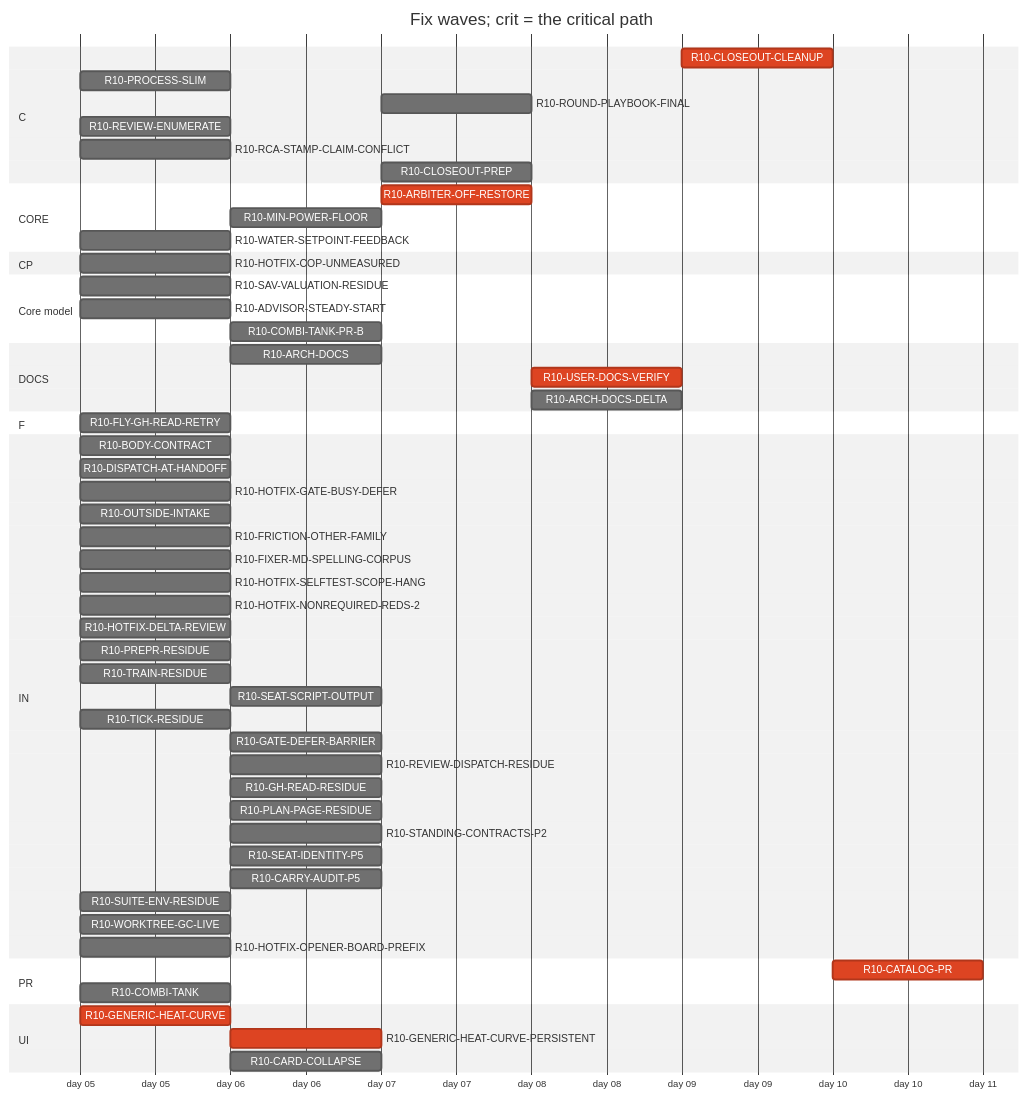
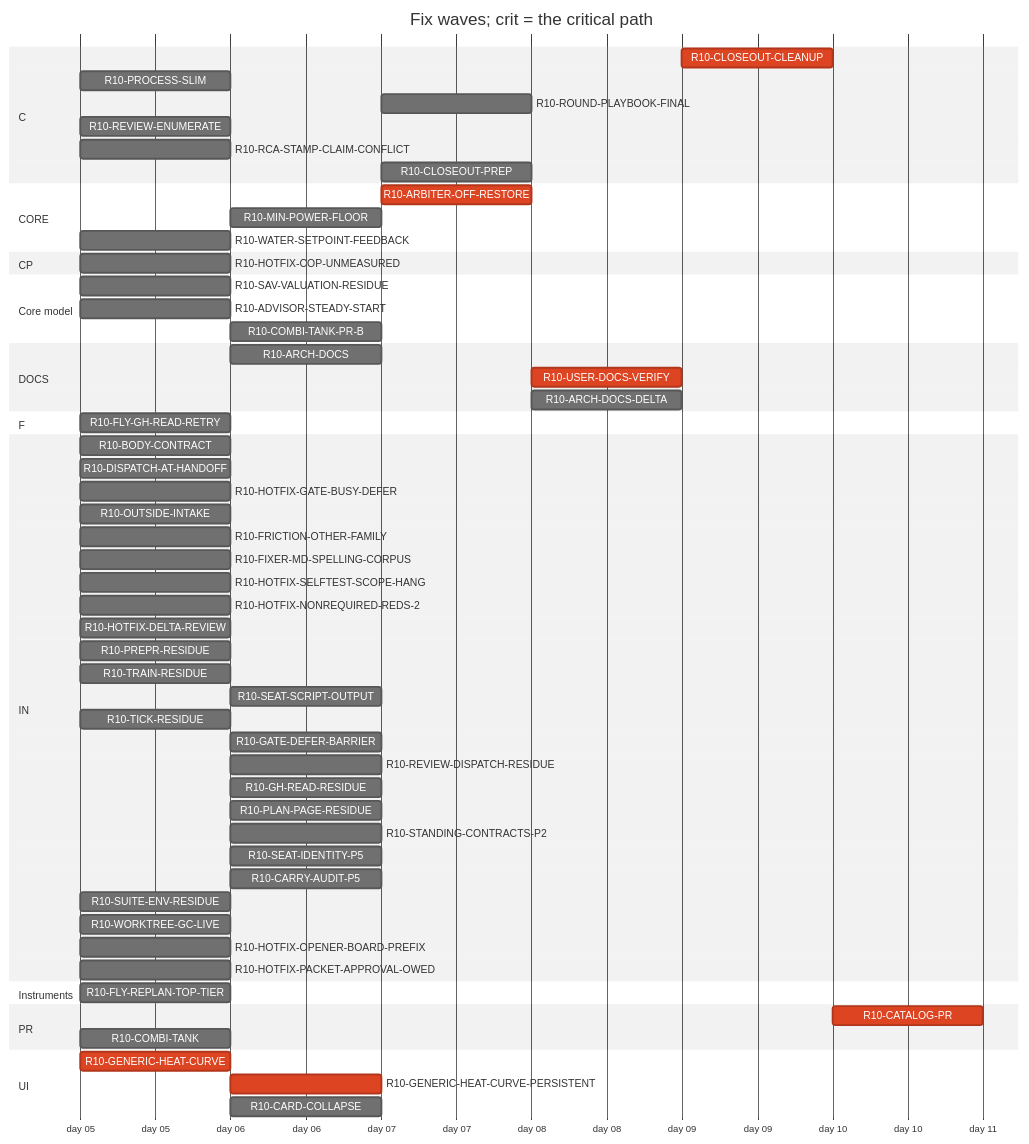
The diagram in handoff/round10/state/PLAN-TABLE.md (tvofi/heatpump_optimizer), drawn with Mermaid (neutral theme) before and after one commit. The commit also changed other lines of this file and 4 other files, not shown here.

Commit message:
state: FLOW-BOARD.md, NEXT-SESSION-PROMPT.md, PLAN-TABLE.md, PLAN.html, RESUME-CURRENT.md regenerated (state_docs.py)

````diff
--- a/handoff/round10/state/PLAN-TABLE.md
+++ b/handoff/round10/state/PLAN-TABLE.md
@@ -22,60 +23,63 @@
 ```mermaid
 gantt
   title Fix waves; crit = the critical path
   dateFormat YYYY-MM-DD
   axisFormat day %d
   section C
     R10-CLOSEOUT-CLEANUP :crit, r10CLOSEOUTCLEANUP, after r10ARCHDOCS r10USERDOCSVERIFY r10ROUNDPLAYBOOKFINAL r10FRICTIONOTHERFAMILY r10CLOSEOUTPREP r10ARCHDOCSDELTA, 1d
     R10-PROCESS-SLIM :r10PROCESSSLIM, 2026-01-05, 1d
     R10-ROUND-PLAYBOOK-FINAL :r10ROUNDPLAYBOOKFINAL, after r10DISPATCHATHANDOFF r10BODYCONTRACT r10FLYGHREADRETRY r10PROCESSSLIM r10OUTSIDEINTAKE r10FRICTIONOTHERFAMILY r10FIXERMDSPELLINGCORPUS r10PREPRRESIDUE r10SEATSCRIPTOUTPUT r10REVIEWDISPATCHRESIDUE r10CARRYAUDITP5 r10TICKRESIDUE r10SEATIDENTITYP5 r10STANDINGCONTRACTSP2 r10PLANPAGERESIDUE r10TRAINRESIDUE r10GHREADRESIDUE r10SUITEENVRESIDUE r10GATEDEFERBARRIER r10WORKTREEGCLIVE, 1d
     R10-REVIEW-ENUMERATE :r10REVIEWENUMERATE, 2026-01-05, 1d
     R10-RCA-STAMP-CLAIM-CONFLICT :r10RCASTAMPCLAIMCONFLICT, 2026-01-05, 1d
     R10-CLOSEOUT-PREP :r10CLOSEOUTPREP, after r10ARCHDOCS r10DISPATCHATHANDOFF r10BODYCONTRACT r10FLYGHREADRETRY r10PROCESSSLIM r10OUTSIDEINTAKE r10FRICTIONOTHERFAMILY r10FIXERMDSPELLINGCORPUS r10PREPRRESIDUE r10SEATSCRIPTOUTPUT r10REVIEWDISPATCHRESIDUE r10CARRYAUDITP5 r10TICKRESIDUE r10SEATIDENTITYP5 r10STANDINGCONTRACTSP2 r10PLANPAGERESIDUE r10TRAINRESIDUE r10GHREADRESIDUE r10SUITEENVRESIDUE r10GATEDEFERBARRIER r10WORKTREEGCLIVE, 1d
   section CORE
     R10-ARBITER-OFF-RESTORE :crit, r10ARBITEROFFRESTORE, after r10GENERICHEATCURVE r10GENERICHEATCURVEPERSISTENT r10WATERSETPOINTFEEDBACK, 1d
     R10-MIN-POWER-FLOOR :r10MINPOWERFLOOR, after r10HOTFIXCOPUNMEASURED r10GENERICHEATCURVE, 1d
     R10-WATER-SETPOINT-FEEDBACK :r10WATERSETPOINTFEEDBACK, 2026-01-05, 1d
   section CP
     R10-HOTFIX-COP-UNMEASURED :r10HOTFIXCOPUNMEASURED, 2026-01-05, 1d
   section Core model
     R10-SAV-VALUATION-RESIDUE :r10SAVVALUATIONRESIDUE, 2026-01-05, 1d
     R10-ADVISOR-STEADY-START :r10ADVISORSTEADYSTART, 2026-01-05, 1d
     R10-COMBI-TANK-PR-B :r10COMBITANKPRB, after r10COMBITANK, 1d
   section DOCS
     R10-ARCH-DOCS :r10ARCHDOCS, after r10DISPATCHATHANDOFF r10BODYCONTRACT r10FLYGHREADRETRY r10PROCESSSLIM r10OUTSIDEINTAKE r10FRICTIONOTHERFAMILY, 1d
     R10-USER-DOCS-VERIFY :crit, r10USERDOCSVERIFY, after r10HOTFIXCOPUNMEASURED r10GENERICHEATCURVE r10GENERICHEATCURVEPERSISTENT r10ARBITEROFFRESTORE r10COMBITANK r10MINPOWERFLOOR, 1d
     R10-ARCH-DOCS-DELTA :r10ARCHDOCSDELTA, after r10ARCHDOCS r10HOTFIXCOPUNMEASURED r10GENERICHEATCURVE r10GENERICHEATCURVEPERSISTENT r10ARBITEROFFRESTORE r10COMBITANK r10MINPOWERFLOOR r10SAVVALUATIONRESIDUE r10ADVISORSTEADYSTART r10COMBITANKPRB, 1d
   section F
     R10-FLY-GH-READ-RETRY :r10FLYGHREADRETRY, 2026-01-05, 1d
   section IN
     R10-BODY-CONTRACT :r10BODYCONTRACT, 2026-01-05, 1d
     R10-DISPATCH-AT-HANDOFF :r10DISPATCHATHANDOFF, 2026-01-05, 1d
     R10-HOTFIX-GATE-BUSY-DEFER :r10HOTFIXGATEBUSYDEFER, 2026-01-05, 1d
     R10-OUTSIDE-INTAKE :r10OUTSIDEINTAKE, 2026-01-05, 1d
     R10-FRICTION-OTHER-FAMILY :r10FRICTIONOTHERFAMILY, 2026-01-05, 1d
     R10-FIXER-MD-SPELLING-CORPUS :r10FIXERMDSPELLINGCORPUS, 2026-01-05, 1d
     R10-HOTFIX-SELFTEST-SCOPE-HANG :r10HOTFIXSELFTESTSCOPEHANG, 2026-01-05, 1d
     R10-HOTFIX-NONREQUIRED-REDS-2 :r10HOTFIXNONREQUIREDREDS2, 2026-01-05, 1d
     R10-HOTFIX-DELTA-REVIEW :r10HOTFIXDELTAREVIEW, 2026-01-05, 1d
     R10-PREPR-RESIDUE :r10PREPRRESIDUE, 2026-01-05, 1d
     R10-TRAIN-RESIDUE :r10TRAINRESIDUE, 2026-01-05, 1d
     R10-SEAT-SCRIPT-OUTPUT :r10SEATSCRIPTOUTPUT, after r10TRAINRESIDUE, 1d
     R10-TICK-RESIDUE :r10TICKRESIDUE, 2026-01-05, 1d
     R10-GATE-DEFER-BARRIER :r10GATEDEFERBARRIER, after r10TRAINRESIDUE r10TICKRESIDUE, 1d
     R10-REVIEW-DISPATCH-RESIDUE :r10REVIEWDISPATCHRESIDUE, after r10DISPATCHATHANDOFF r10REVIEWENUMERATE r10HOTFIXDELTAREVIEW r10PROCESSSLIM, 1d
     R10-GH-READ-RESIDUE :r10GHREADRESIDUE, after r10FLYGHREADRETRY, 1d
     R10-PLAN-PAGE-RESIDUE :r10PLANPAGERESIDUE, after r10OUTSIDEINTAKE, 1d
     R10-STANDING-CONTRACTS-P2 :r10STANDINGCONTRACTSP2, after r10FIXERMDSPELLINGCORPUS, 1d
     R10-SEAT-IDENTITY-P5 :r10SEATIDENTITYP5, after r10TICKRESIDUE, 1d
     R10-CARRY-AUDIT-P5 :r10CARRYAUDITP5, after r10BODYCONTRACT, 1d
     R10-SUITE-ENV-RESIDUE :r10SUITEENVRESIDUE, 2026-01-05, 1d
     R10-WORKTREE-GC-LIVE :r10WORKTREEGCLIVE, 2026-01-05, 1d
     R10-HOTFIX-OPENER-BOARD-PREFIX :r10HOTFIXOPENERBOARDPREFIX, 2026-01-05, 1d
+    R10-HOTFIX-PACKET-APPROVAL-OWED :r10HOTFIXPACKETAPPROVALOWED, 2026-01-05, 1d
+  section Instruments
+    R10-FLY-REPLAN-TOP-TIER :r10FLYREPLANTOPTIER, 2026-01-05, 1d
   section PR
     R10-CATALOG-PR :crit, r10CATALOGPR, after r10USERDOCSVERIFY r10ARCHDOCS r10ROUNDPLAYBOOKFINAL r10CLOSEOUTCLEANUP r10CLOSEOUTPREP r10ARCHDOCSDELTA, 1d
     R10-COMBI-TANK :r10COMBITANK, 2026-01-05, 1d
   section UI
     R10-GENERIC-HEAT-CURVE :crit, r10GENERICHEATCURVE, 2026-01-05, 1d
     R10-GENERIC-HEAT-CURVE-PERSISTENT :crit, r10GENERICHEATCURVEPERSISTENT, after r10GENERICHEATCURVE, 1d
     R10-CARD-COLLAPSE :r10CARDCOLLAPSE, after r10HOTFIXCOPUNMEASURED, 1d
 ```
````
